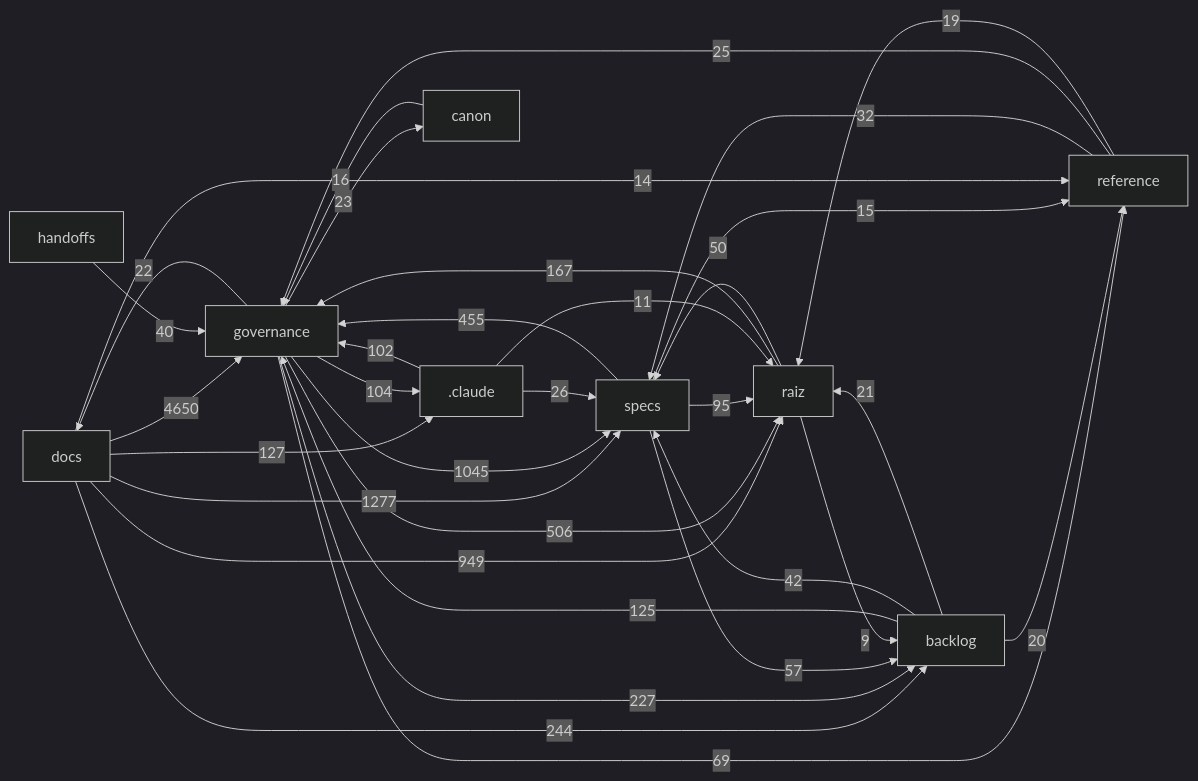
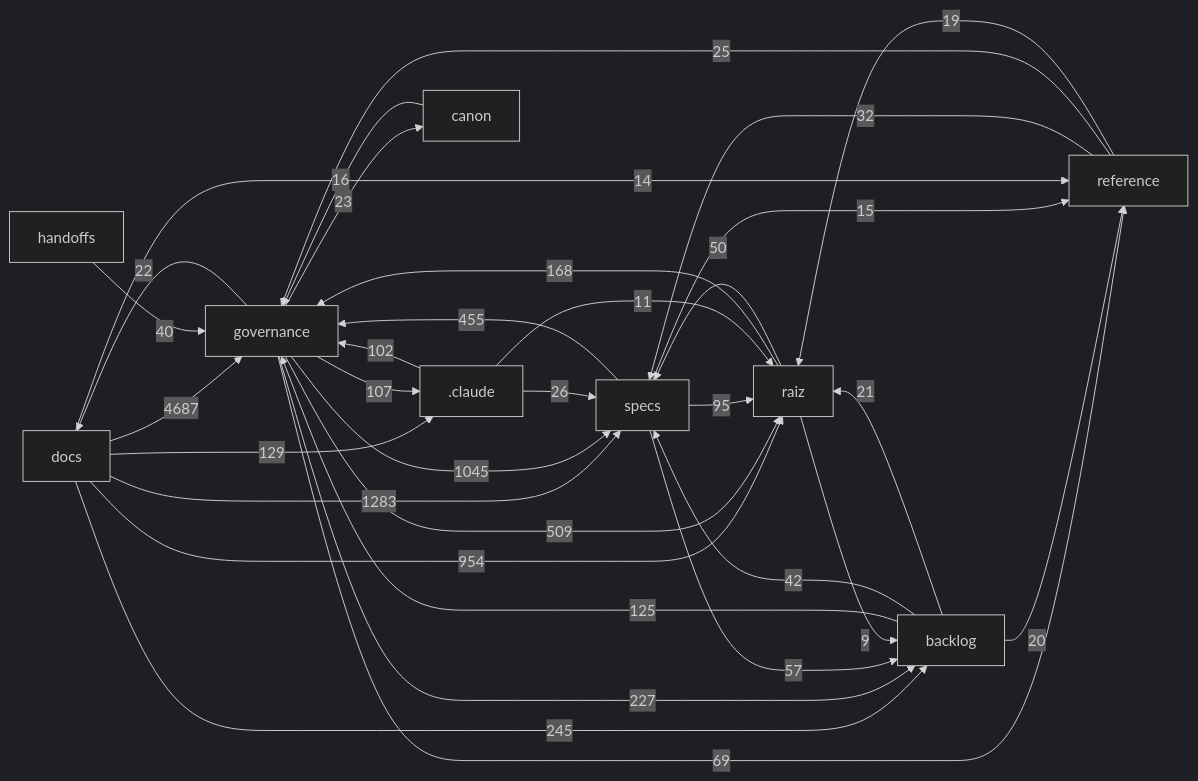
One commit to Andraus35/Sistema-Operacional-de-Trading--SOT changed the diagram in docs/mapa/MAPA-PROJETO.md. Above: the diagram before and after it, drawn with Mermaid (dark theme). The commit also changed other lines of this file and 12 other files, not shown here.

````diff
--- a/docs/mapa/MAPA-PROJETO.md
+++ b/docs/mapa/MAPA-PROJETO.md
@@ -30,35 +30,35 @@
 ```mermaid
 flowchart LR
-  docs["docs"] -->|4650| governance["governance"]
-  docs["docs"] -->|1277| specs["specs"]
+  docs["docs"] -->|4687| governance["governance"]
+  docs["docs"] -->|1283| specs["specs"]
   governance["governance"] -->|1045| specs["specs"]
-  docs["docs"] -->|949| raiz["raiz"]
-  governance["governance"] -->|506| raiz["raiz"]
+  docs["docs"] -->|954| raiz["raiz"]
+  governance["governance"] -->|509| raiz["raiz"]
   specs["specs"] -->|455| governance["governance"]
-  docs["docs"] -->|244| backlog["backlog"]
+  docs["docs"] -->|245| backlog["backlog"]
   governance["governance"] -->|227| backlog["backlog"]
-  raiz["raiz"] -->|167| governance["governance"]
-  docs["docs"] -->|127| _claude[".claude"]
+  raiz["raiz"] -->|168| governance["governance"]
+  docs["docs"] -->|129| _claude[".claude"]
   backlog["backlog"] -->|125| governance["governance"]
-  governance["governance"] -->|104| _claude[".claude"]
+  governance["governance"] -->|107| _claude[".claude"]
   _claude[".claude"] -->|102| governance["governance"]
   specs["specs"] -->|95| raiz["raiz"]
   governance["governance"] -->|69| reference["reference"]
   specs["specs"] -->|57| backlog["backlog"]
   raiz["raiz"] -->|50| specs["specs"]
   backlog["backlog"] -->|42| specs["specs"]
   handoffs["handoffs"] -->|40| governance["governance"]
   reference["reference"] -->|32| specs["specs"]
   _claude[".claude"] -->|26| specs["specs"]
   reference["reference"] -->|25| governance["governance"]
   governance["governance"] -->|23| canon["canon"]
   governance["governance"] -->|22| docs["docs"]
   backlog["backlog"] -->|21| raiz["raiz"]
   backlog["backlog"] -->|20| reference["reference"]
   reference["reference"] -->|19| raiz["raiz"]
   canon["canon"] -->|16| governance["governance"]
   specs["specs"] -->|15| reference["reference"]
   docs["docs"] -->|14| reference["reference"]
   _claude[".claude"] -->|11| raiz["raiz"]
   raiz["raiz"] -->|9| backlog["backlog"]
 ```
````
